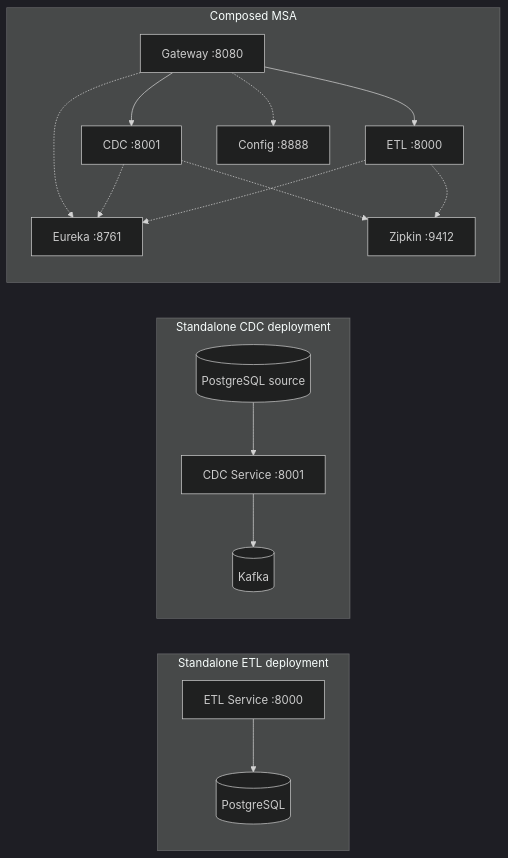
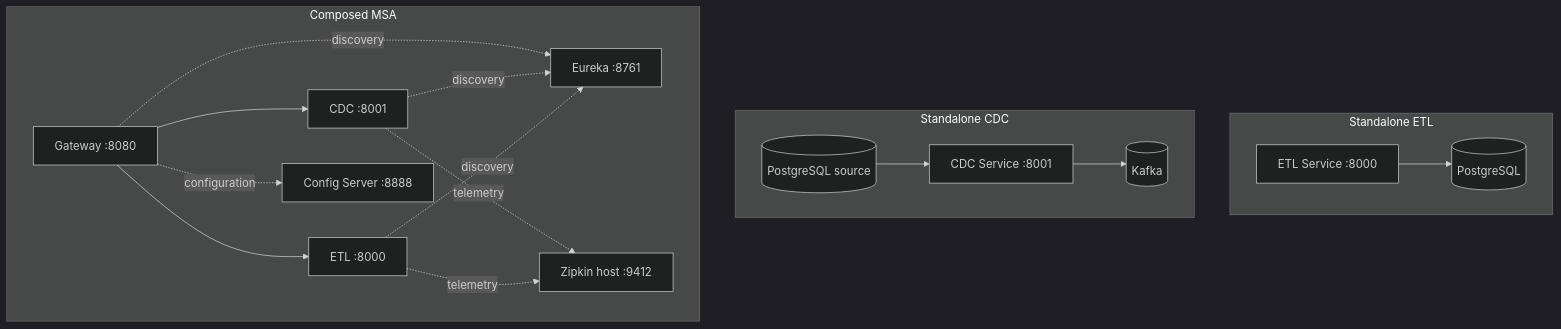
The ninth of 9 diagrams in ARCHITECTURE.md (ContextualWisdomLab/mightyETL), drawn with Mermaid (dark theme) before and after one commit. The commit also changed other lines of this file, not shown here.

Commit message:
docs: add cross-cutting architecture authorities

````diff
--- a/ARCHITECTURE.md
+++ b/ARCHITECTURE.md
@@ -291,27 +251,27 @@
 ```mermaid
-flowchart LR
-    subgraph Standalone_ETL[Standalone ETL deployment]
+flowchart TB
+    subgraph StandaloneETL[Standalone ETL]
         EC[ETL Service :8000] --> EPG[(PostgreSQL)]
     end
 
-    subgraph Standalone_CDC[Standalone CDC deployment]
+    subgraph StandaloneCDC[Standalone CDC]
         CP[(PostgreSQL source)] --> CC[CDC Service :8001] --> CK[(Kafka)]
     end
 
-    subgraph Composed_MSA[Composed MSA]
+    subgraph ComposedMSA[Composed MSA]
         CG[Gateway :8080]
         CE[ETL :8000]
         CD[CDC :8001]
         ER[Eureka :8761]
-        CF[Config :8888]
-        Z[Zipkin :9412]
+        CF[Config Server :8888]
+        Z[Zipkin host :9412]
         CG --> CE
         CG --> CD
-        CE -.-> ER
-        CD -.-> ER
-        CG -.-> ER
-        CE -.-> Z
-        CD -.-> Z
-        CG -.-> CF
+        CE -. discovery .-> ER
+        CD -. discovery .-> ER
+        CG -. discovery .-> ER
+        CG -. configuration .-> CF
+        CE -. telemetry .-> Z
+        CD -. telemetry .-> Z
     end
 ```
````
